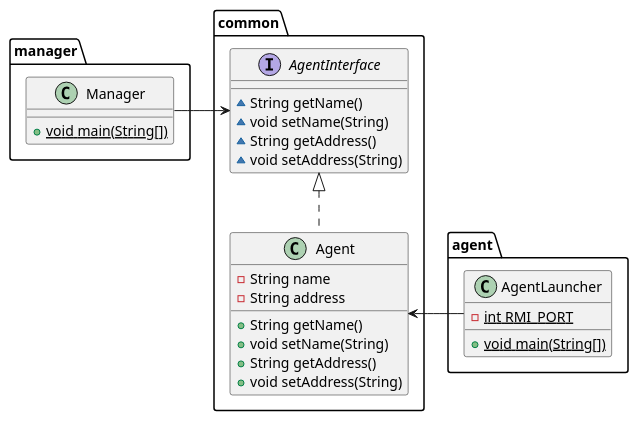
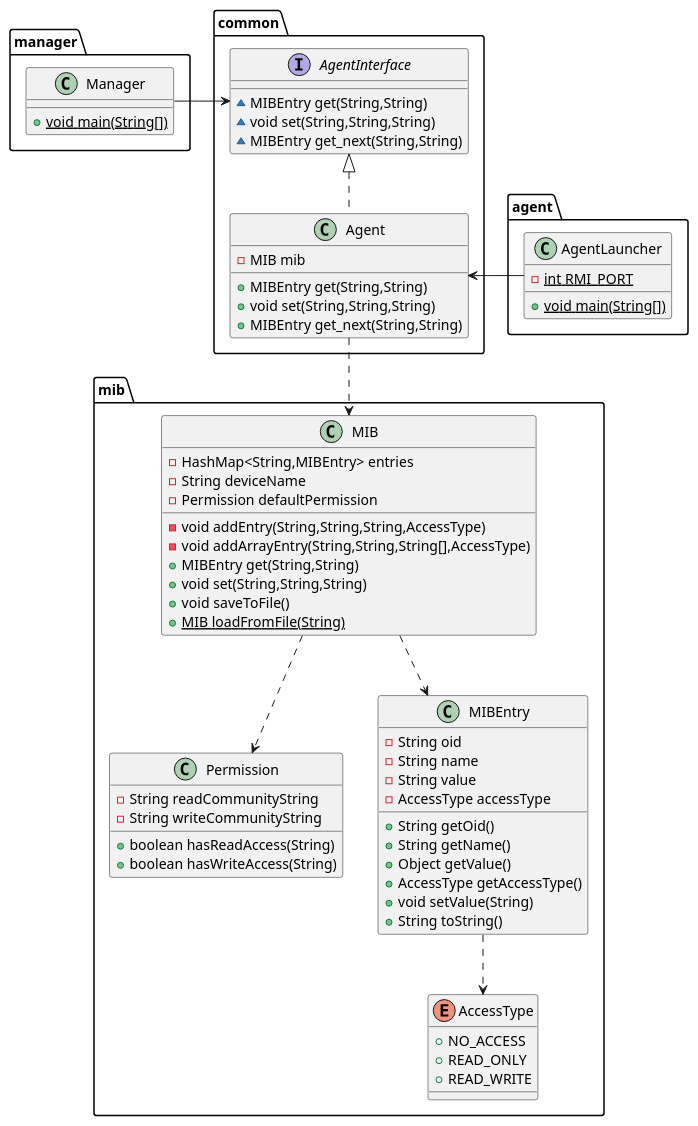
Before and after one commit to louga31/SNMP: the diagram in UML.puml, drawn with PlantUML. The commit also changed 1 other file, not shown here.

```diff
--- a/UML.puml
+++ b/UML.puml
@@ -1,27 +1,64 @@
 @startuml
 class manager.Manager {
 + {static} void main(String[])
 }
+class mib.Permission {
+- String readCommunityString
+- String writeCommunityString
++ boolean hasReadAccess(String)
++ boolean hasWriteAccess(String)
+}
+enum mib.AccessType {
++  NO_ACCESS
++  READ_ONLY
++  READ_WRITE
+}
 interface common.AgentInterface {
-~ String getName()
-~ void setName(String)
-~ String getAddress()
-~ void setAddress(String)
+~ MIBEntry get(String,String)
+~ void set(String,String,String)
+~ MIBEntry get_next(String,String)
+}
+class mib.MIBEntry {
+- String oid
+- String name
+- String value
+- AccessType accessType
++ String getOid()
++ String getName()
++ Object getValue()
++ AccessType getAccessType()
++ void setValue(String)
++ String toString()
 }
 class common.Agent {
-- String name
-- String address
-+ String getName()
-+ void setName(String)
-+ String getAddress()
-+ void setAddress(String)
+- MIB mib
++ MIBEntry get(String,String)
++ void set(String,String,String)
++ MIBEntry get_next(String,String)
+}
+class mib.MIB {
+- HashMap<String,MIBEntry> entries
+- String deviceName
+- Permission defaultPermission
+- void addEntry(String,String,String,AccessType)
+- void addArrayEntry(String,String,String[],AccessType)
++ MIBEntry get(String,String)
++ void set(String,String,String)
++ void saveToFile()
++ {static} MIB loadFromFile(String)
 }
 class agent.AgentLauncher {
 - {static} int RMI_PORT
 + {static} void main(String[])
 }
 
+
 manager.Manager -> common.AgentInterface
 agent.AgentLauncher -> common.Agent
 common.AgentInterface <|.. common.Agent
+common.Agent ..> mib.MIB
+mib.MIB ..> mib.MIBEntry
+mib.MIBEntry ..> mib.AccessType
+mib.MIB ..> mib.Permission
+
 @enduml
```
